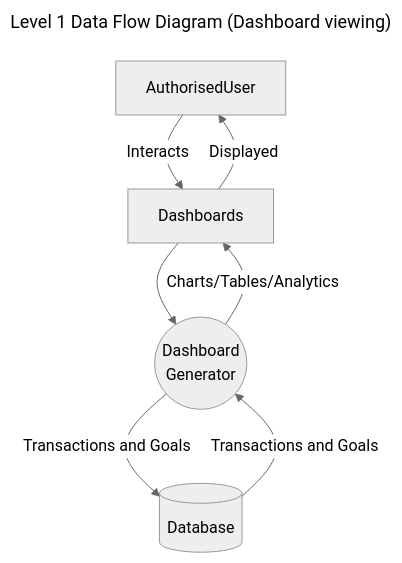
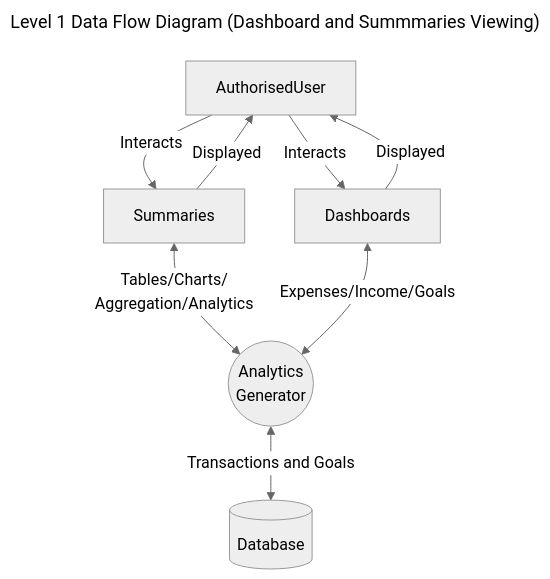
One commit to AlexandriaParkCS/2026-y12-SE-PhilipYaroshchyk-pwa-obsidian-portfolio changed the fifth of 5 diagrams in 02. My Portfolio/3. Application Design/AD-02 Data Flow Diagrams.md. Above: the diagram before and after it, drawn with Mermaid (neutral theme). The commit also changed other lines of this file and 7 other files, not shown here.

Commit message:
updated dictionary and class diagrams

````diff
--- a/02. My Portfolio/3. Application Design/AD-02 Data Flow Diagrams.md
+++ b/02. My Portfolio/3. Application Design/AD-02 Data Flow Diagrams.md
@@ -96,18 +96,22 @@
 ```mermaid
 ---
-title: Level 1 Data Flow Diagram (Dashboard viewing)
+title: Level 1 Data Flow Diagram (Dashboard and Summmaries Viewing)
 ---
 flowchart
 
 AuthorisedUser
 Dashboards
-DashboardGeneration((Dashboard<br>Generator))
+Summaries
+DashboardGeneration((Analytics<br>Generator))
 Database[(Database)]
 
 AuthorisedUser -- Interacts --> Dashboards
-Dashboards --> DashboardGeneration
-DashboardGeneration -- Transactions and Goals --> Database
-Database -- Transactions and Goals --> DashboardGeneration
-DashboardGeneration -- Charts/Tables/Analytics --> Dashboards
+AuthorisedUser -- Interacts --> Summaries
+
+Summaries -- Tables/Charts/<br>Aggregation/Analytics <--> DashboardGeneration
+Dashboards -- Expenses/Income/Goals <--> DashboardGeneration
+DashboardGeneration -- Transactions and Goals <--> Database
+
 Dashboards -- Displayed --> AuthorisedUser
+Summaries -- Displayed --> AuthorisedUser
 ```
````
